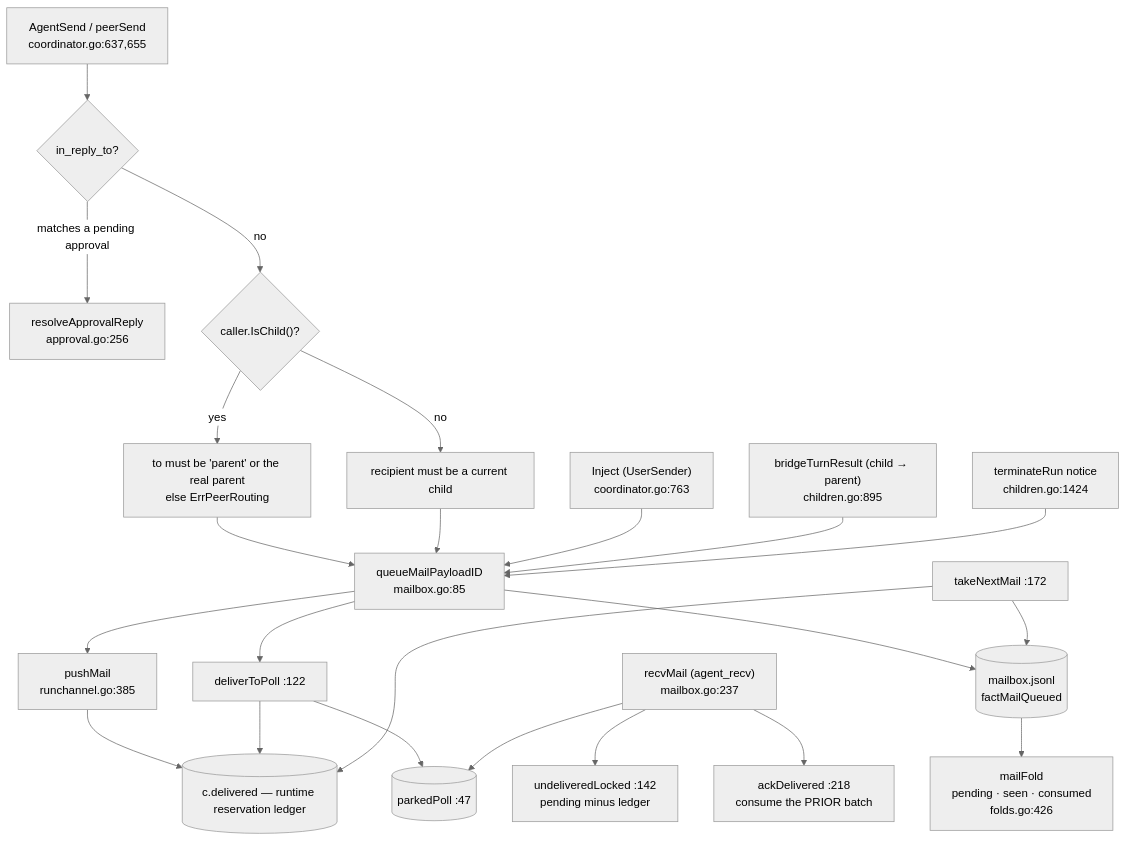
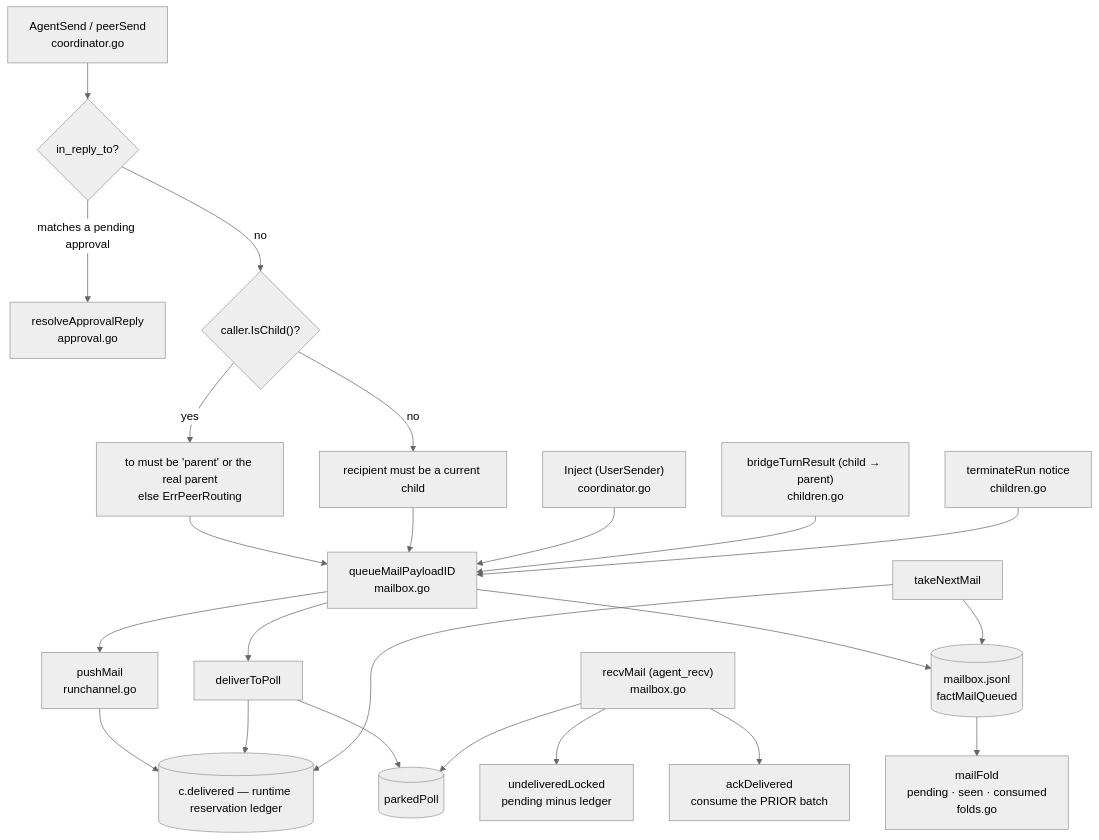
The diagram in docs/architecture/agentcoord/mailbox.md (ctxloom/ctxloom), drawn with Mermaid (neutral theme) before and after one commit. The commit also changed other lines of this file and 9 other files, not shown here.

First line of the commit message:
docs(agentcoord): cite by symbol, not file:line; bus graph names the runner's turn report

````diff
--- a/docs/architecture/agentcoord/mailbox.md
+++ b/docs/architecture/agentcoord/mailbox.md
@@ -10,26 +10,26 @@
 ```mermaid
 flowchart TD
-  AS["AgentSend / peerSend<br/>coordinator.go:637,655"] --> RAR{"in_reply_to?"}
-  RAR -->|matches a pending approval| APPR["resolveApprovalReply<br/>approval.go:256"]
+  AS["AgentSend / peerSend<br/>coordinator.go"] --> RAR{"in_reply_to?"}
+  RAR -->|matches a pending approval| APPR["resolveApprovalReply<br/>approval.go"]
   RAR -->|no| ROUTE{"caller.IsChild()?"}
   ROUTE -->|yes| PAR["to must be 'parent' or the real parent<br/>else ErrPeerRouting"]
   ROUTE -->|no| KNOWN["recipient must be a current child"]
   PAR --> QMP
-  KNOWN --> QMP["queueMailPayloadID<br/>mailbox.go:85"]
-  INJ["Inject (UserSender)<br/>coordinator.go:763"] --> QMP
-  BTR["bridgeTurnResult (child → parent)<br/>children.go:895"] --> QMP
-  TERM["terminateRun notice<br/>children.go:1424"] --> QMP
+  KNOWN --> QMP["queueMailPayloadID<br/>mailbox.go"]
+  INJ["Inject (UserSender)<br/>coordinator.go"] --> QMP
+  BTR["bridgeTurnResult (child → parent)<br/>children.go"] --> QMP
+  TERM["terminateRun notice<br/>children.go"] --> QMP
 
   QMP --> J[("mailbox.jsonl<br/>factMailQueued")]
-  J --> MF["mailFold<br/>pending · seen · consumed<br/>folds.go:426"]
-  QMP --> DTP["deliverToPoll :122"]
-  QMP --> PUSH["pushMail<br/>runchannel.go:385"]
-  DTP --> PP[("parkedPoll :47")]
+  J --> MF["mailFold<br/>pending · seen · consumed<br/>folds.go"]
+  QMP --> DTP["deliverToPoll"]
+  QMP --> PUSH["pushMail<br/>runchannel.go"]
+  DTP --> PP[("parkedPoll")]
   PUSH --> LEDGER[("c.delivered — runtime reservation ledger")]
   DTP --> LEDGER
-  RM["recvMail (agent_recv)<br/>mailbox.go:237"] --> ACK["ackDelivered :218<br/>consume the PRIOR batch"]
+  RM["recvMail (agent_recv)<br/>mailbox.go"] --> ACK["ackDelivered<br/>consume the PRIOR batch"]
   RM --> PP
-  RM --> UND["undeliveredLocked :142<br/>pending minus ledger"]
-  TNM["takeNextMail :172"] --> J
+  RM --> UND["undeliveredLocked<br/>pending minus ledger"]
+  TNM["takeNextMail"] --> J
   TNM --> LEDGER
 ```
````
